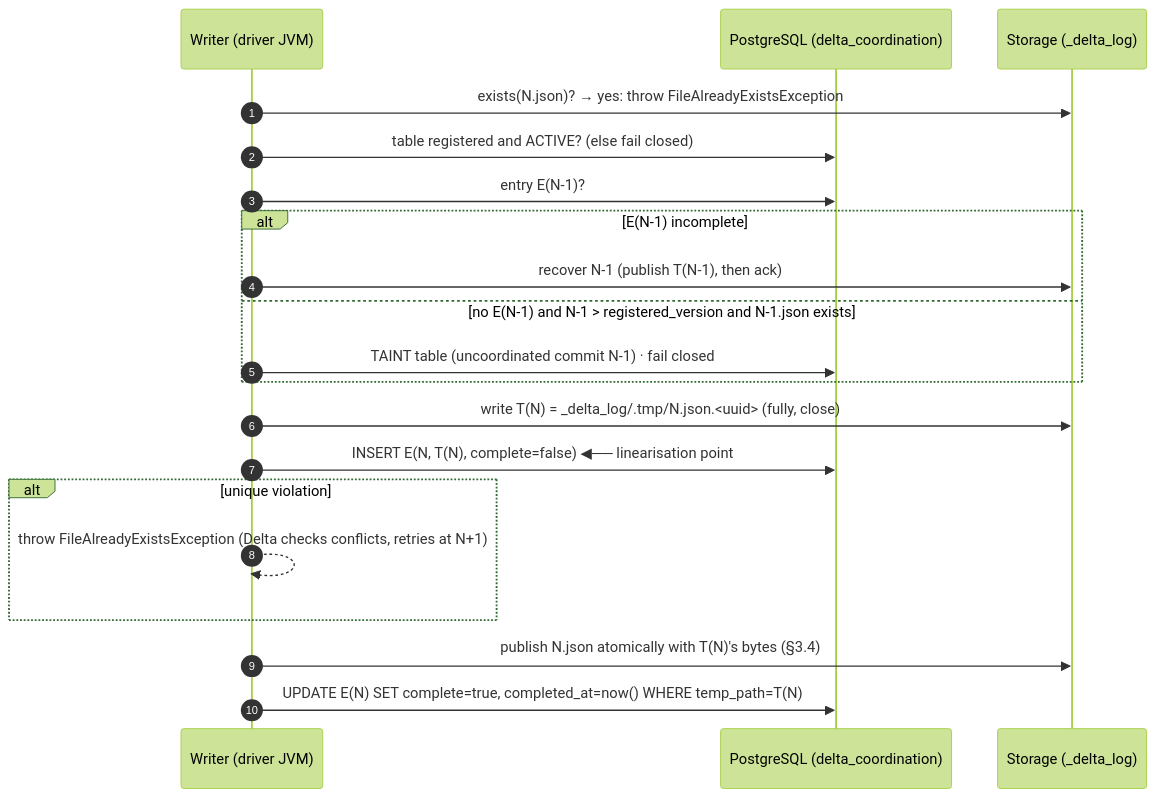
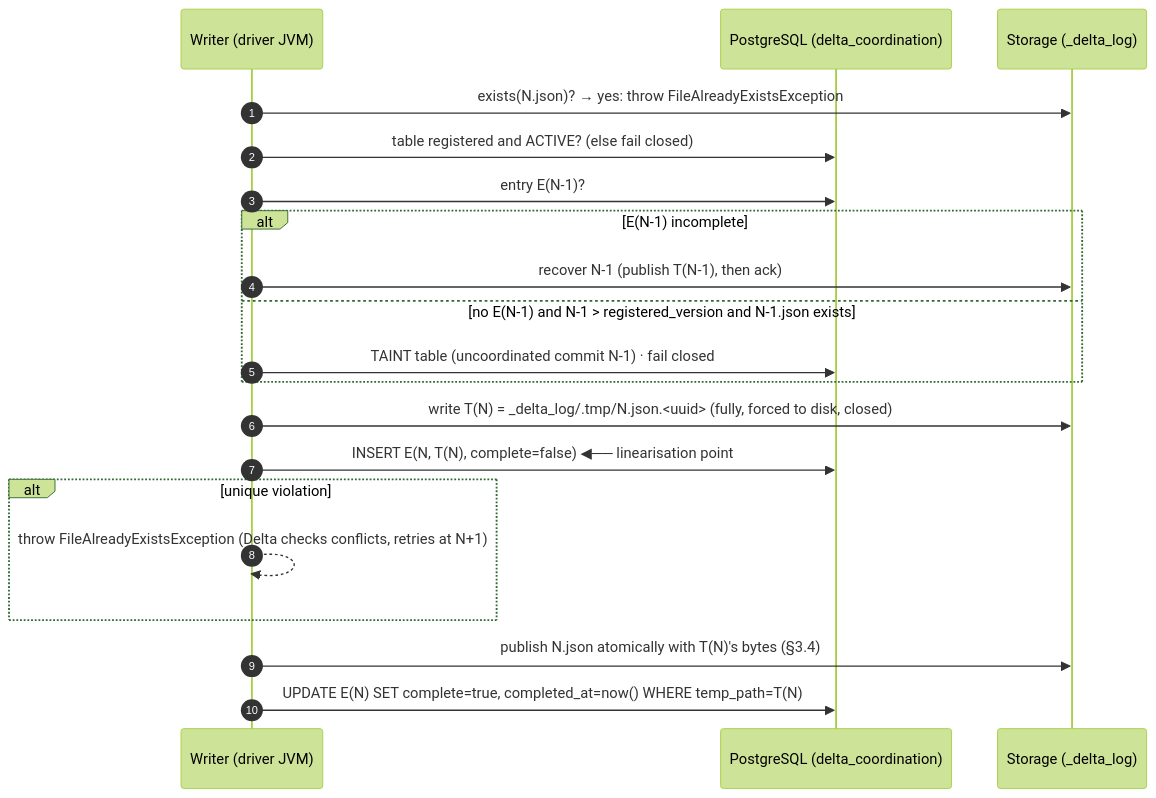
One commit to MiguelOrtegaMilla/lakehouse-ingestion-framework changed the diagram in docs/adr/0004-postgresql-coordinated-delta-logstore.md. Above: the diagram before and after it, drawn with Mermaid (forest theme). The commit also changed other lines of this file and 4 other files, not shown here.

````diff
--- a/docs/adr/0004-postgresql-coordinated-delta-logstore.md
+++ b/docs/adr/0004-postgresql-coordinated-delta-logstore.md
@@ -95,23 +101,23 @@
 ```mermaid
 sequenceDiagram
   autonumber
   participant W as Writer (driver JVM)
   participant PG as PostgreSQL (delta_coordination)
   participant FS as Storage (_delta_log)
 
   W->>FS: exists(N.json)? → yes: throw FileAlreadyExistsException
   W->>PG: table registered and ACTIVE? (else fail closed)
   W->>PG: entry E(N-1)?
   alt E(N-1) incomplete
     W->>FS: recover N-1 (publish T(N-1), then ack)
   else no E(N-1) and N-1 > registered_version and N-1.json exists
     W->>PG: TAINT table (uncoordinated commit N-1) · fail closed
   end
-  W->>FS: write T(N) = _delta_log/.tmp/N.json.<uuid> (fully, close)
+  W->>FS: write T(N) = _delta_log/.tmp/N.json.<uuid> (fully, forced to disk, closed)
   W->>PG: INSERT E(N, T(N), complete=false)  ◀── linearisation point
   alt unique violation
     W-->>W: throw FileAlreadyExistsException (Delta checks conflicts, retries at N+1)
   end
   W->>FS: publish N.json atomically with T(N)'s bytes (§3.4)
   W->>PG: UPDATE E(N) SET complete=true, completed_at=now() WHERE temp_path=T(N)
 ```
````
